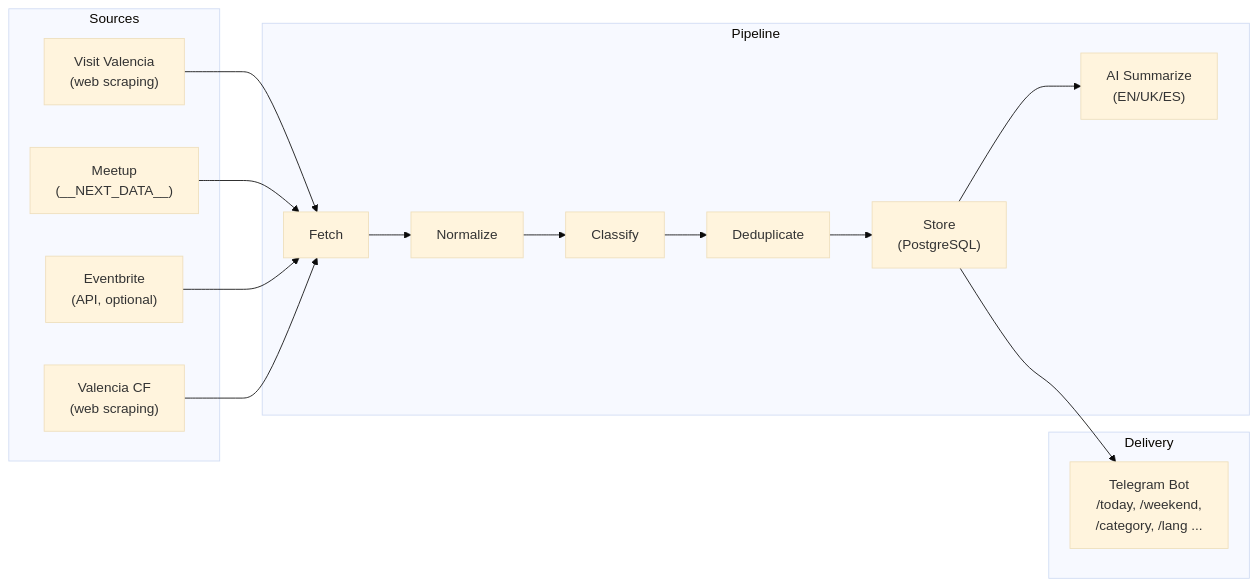
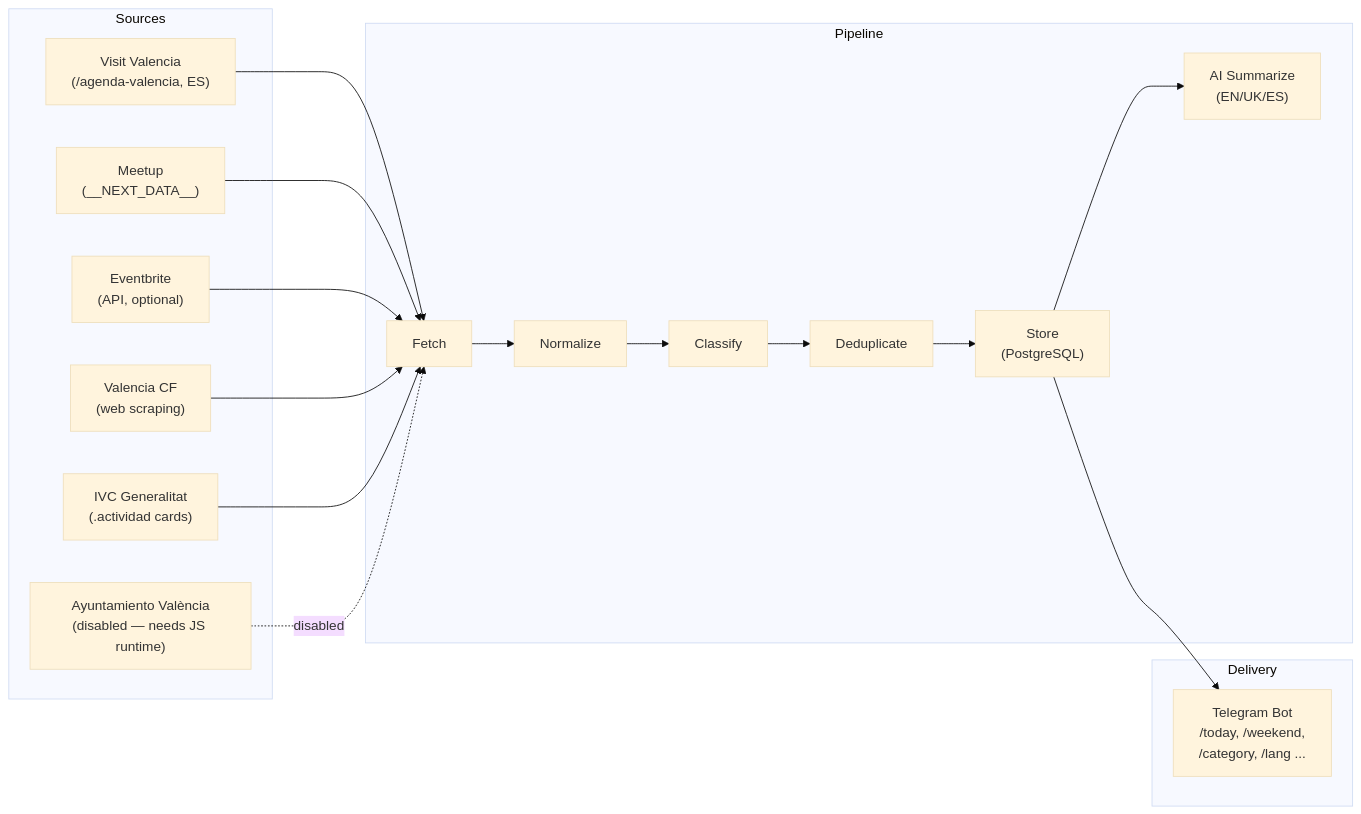
One commit to athlonUA/ValenciaGo changed the diagram in README.md. Above: the diagram before and after it, drawn with Mermaid (base theme). The commit also changed other lines of this file and 15 other files, not shown here.

````diff
--- a/README.md
+++ b/README.md
@@ -7,27 +7,31 @@
 ```mermaid
 graph LR
   subgraph Sources
-    VV["Visit Valencia<br/>(web scraping)"]
+    VV["Visit Valencia<br/>(/agenda-valencia, ES)"]
     MU["Meetup<br/>(__NEXT_DATA__)"]
     EB["Eventbrite<br/>(API, optional)"]
     VCF["Valencia CF<br/>(web scraping)"]
+    IVC["IVC Generalitat<br/>(.actividad cards)"]
+    VES["Ayuntamiento València<br/>(disabled — needs JS runtime)"]
   end
 
   subgraph Pipeline
     F["Fetch"] --> N["Normalize"]
     N --> C["Classify"]
     C --> D["Deduplicate"]
     D --> S["Store<br/>(PostgreSQL)"]
     S --> AI["AI Summarize<br/>(EN/UK/ES)"]
   end
 
   subgraph Delivery
     BOT["Telegram Bot<br/>/today, /weekend,<br/>/category, /lang ..."]
   end
 
   VV --> F
   MU --> F
   EB --> F
   VCF --> F
+  IVC --> F
+  VES -.disabled.-> F
   S --> BOT
 ```
````
